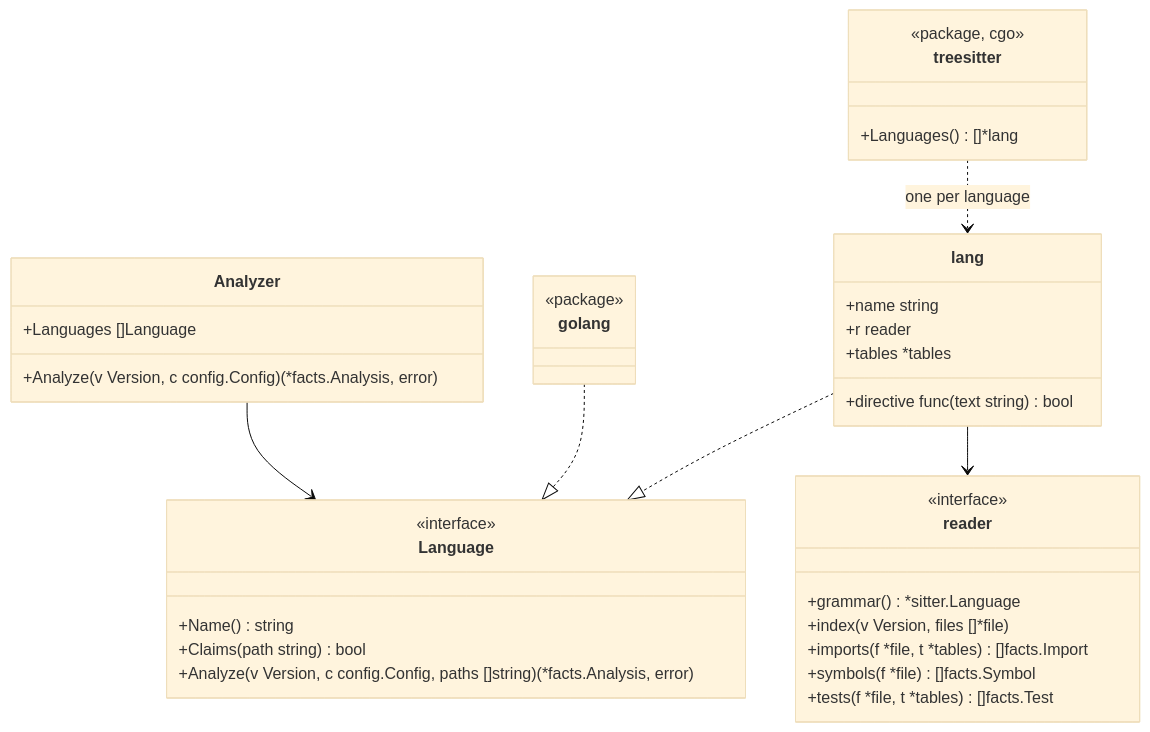
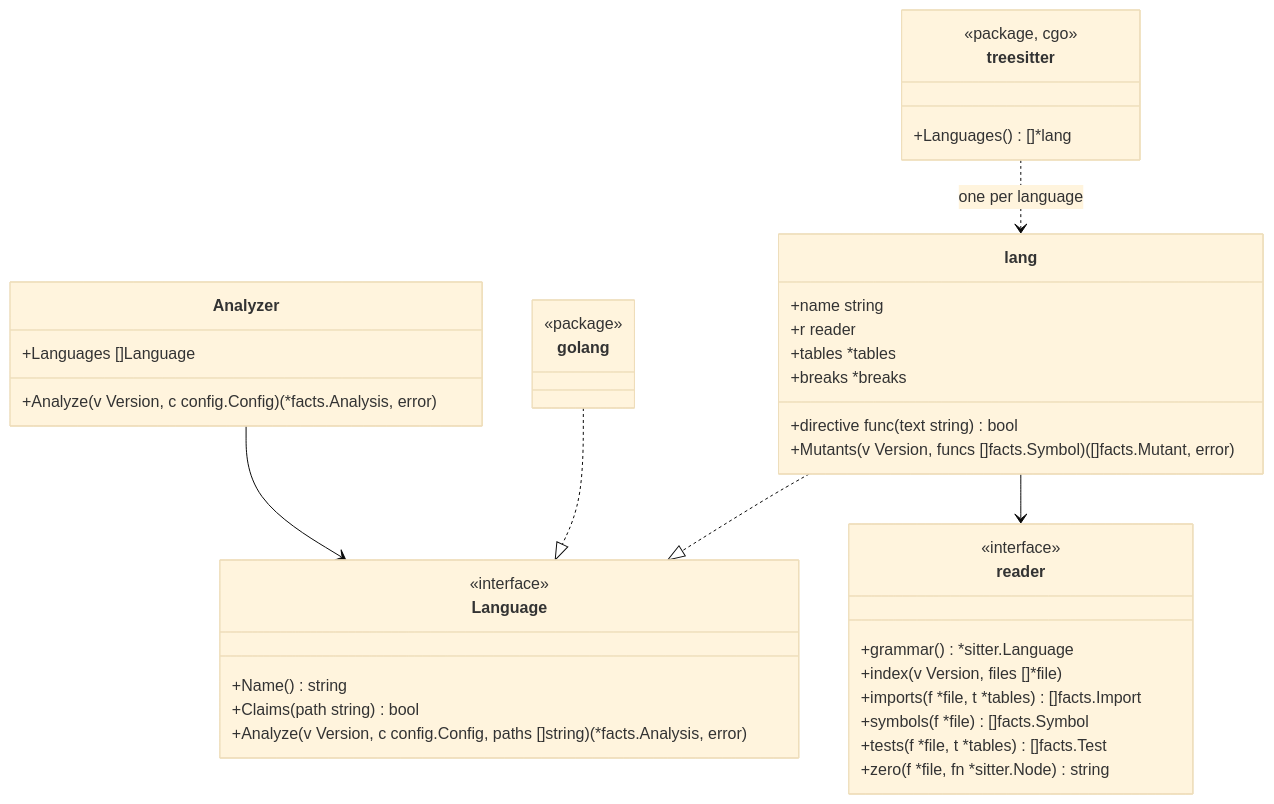
One commit to rerorets/hadome changed the diagram in docs/design/adapters-treesitter.md. Above: the diagram before and after it, drawn with Mermaid (base theme). The commit also changed other lines of this file and 1 other file, not shown here.

Commit message:
The tree-sitter adapters' design says how each language spells the five breaks of hadome mutate

````diff
--- a/docs/design/adapters-treesitter.md
+++ b/docs/design/adapters-treesitter.md
@@ -7,39 +7,42 @@
 ```mermaid
 classDiagram
   class Analyzer {
     +Languages []Language
     +Analyze(v Version, c config.Config) (*facts.Analysis, error)
   }
   class Language {
     <<interface>>
     +Name() string
     +Claims(path string) bool
     +Analyze(v Version, c config.Config, paths []string) (*facts.Analysis, error)
   }
   class golang {
     <<package>>
   }
   class treesitter {
     <<package, cgo>>
     +Languages() []*lang
   }
   class lang {
     +name string
     +r reader
     +tables *tables
     +directive func(text string) bool
+    +breaks *breaks
+    +Mutants(v Version, funcs []facts.Symbol) ([]facts.Mutant, error)
   }
   class reader {
     <<interface>>
     +grammar() *sitter.Language
     +index(v Version, files []*file)
     +imports(f *file, t *tables) []facts.Import
     +symbols(f *file) []facts.Symbol
     +tests(f *file, t *tables) []facts.Test
+    +zero(f *file, fn *sitter.Node) string
   }
   Analyzer --> Language
   golang ..|> Language
   treesitter ..> lang : one per language
   lang ..|> Language
   lang --> reader
 ```
````
